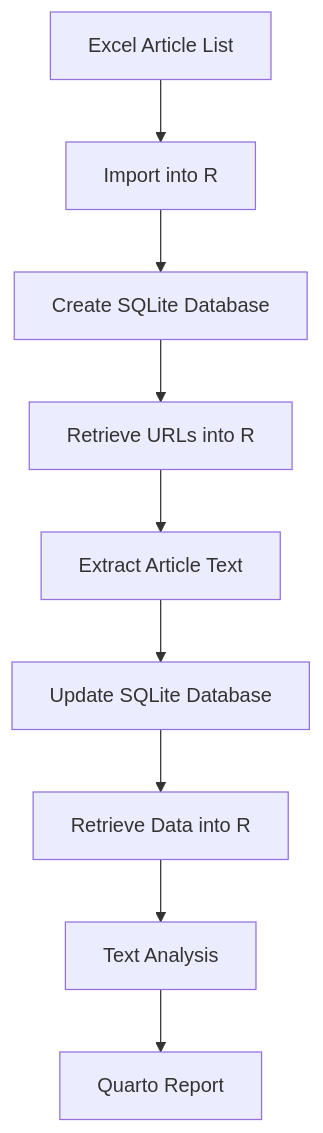
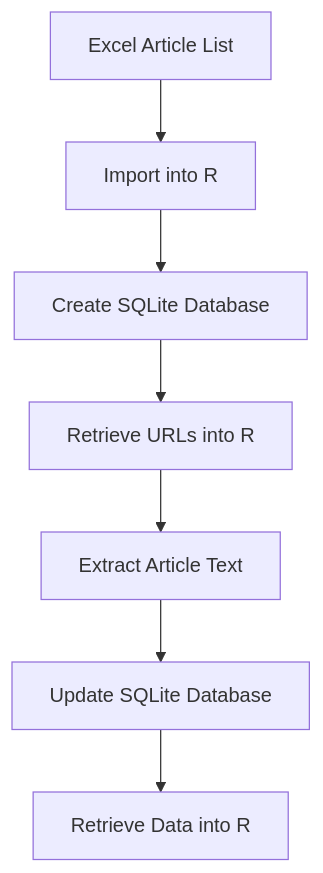
One commit to martinezc1/documentation changed the second of 2 diagrams in sql-documentation/text-analysis.qmd. Above: the diagram before and after it, drawn with Mermaid. The commit also changed other lines of this file and 1 other file, not shown here.

Commit message:
Removed the text analysis portion

````diff
--- a/sql-documentation/text-analysis.qmd
+++ b/sql-documentation/text-analysis.qmd
@@ -424,11 +358,9 @@
 ```{mermaid}
 flowchart TD
     A[Excel Article List] --> B[Import into R]
     B --> C[Create SQLite Database]
     C --> D[Retrieve URLs into R]
     D --> E[Extract Article Text]
     E --> F[Update SQLite Database]
     F --> G[Retrieve Data into R]
-    G --> H[Text Analysis]
-    H --> I[Quarto Report]
 ```
````
